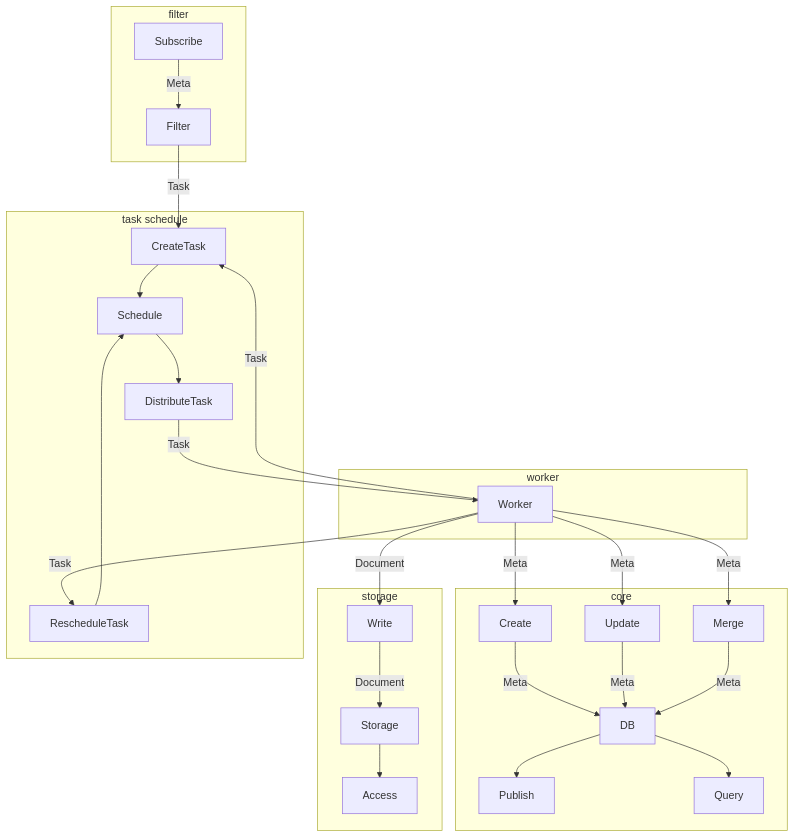
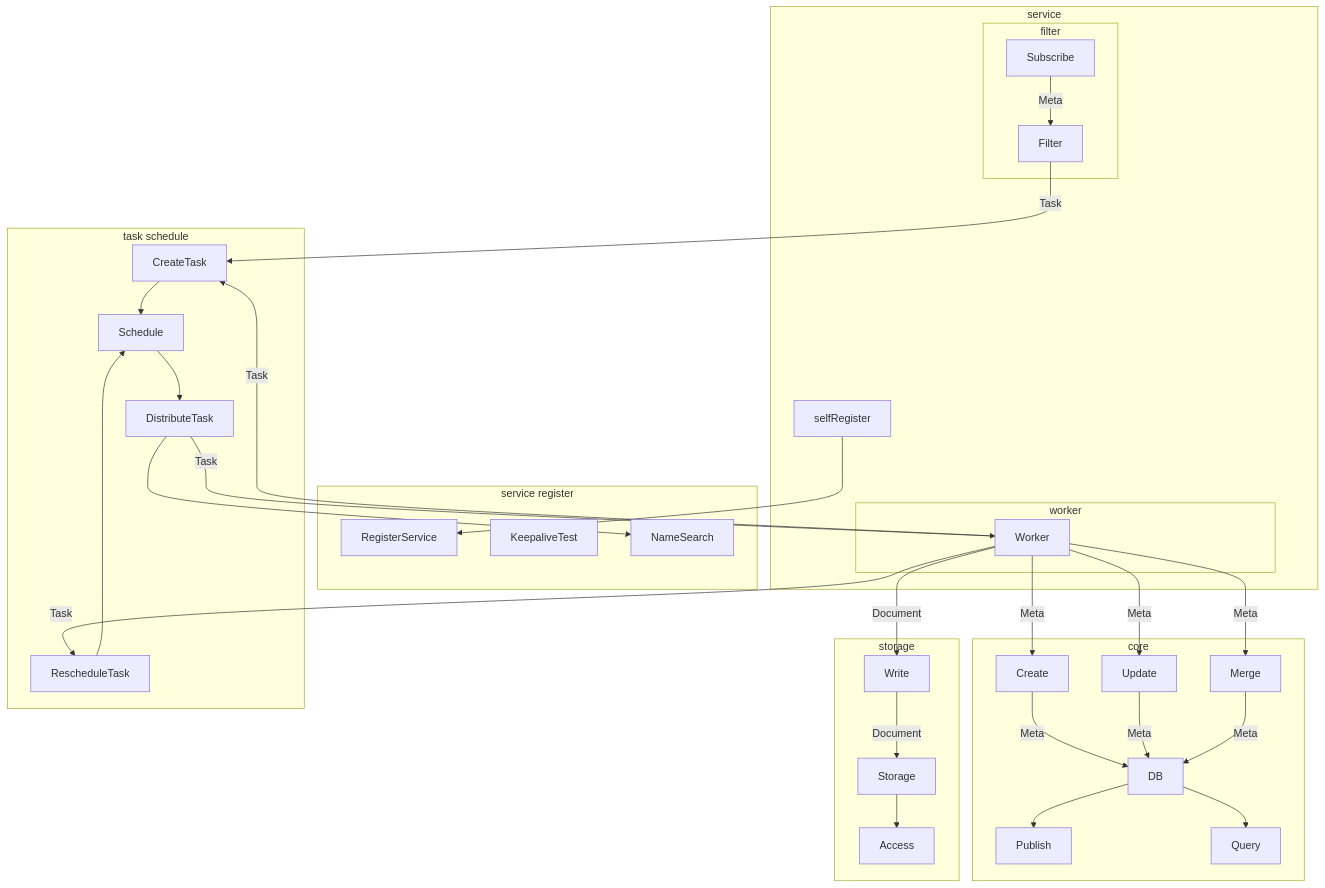
One commit to ncwhale/squirrel-core changed the diagram in docs/System Design.v2.md. Above: the diagram before and after it, drawn with Mermaid.

Commit message:
Add service in graph.

````diff
--- a/docs/System Design.v2.md
+++ b/docs/System Design.v2.md
@@ -5,29 +5,38 @@
 ```mermaid
 graph TD
   subgraph core
     Create--Meta-->DB-->Publish
     Update--Meta-->DB
     Merge--Meta-->DB 
     DB-->Query
   end
   subgraph storage
     Write--Document-->Storage
     Storage-->Access
   end
+  subgraph service register
+    RegisterService
+    KeepaliveTest
+    NameSearch
+  end
   subgraph task schedule
-    CreateTask-->Schedule-->DistributeTask
+    CreateTask-->Schedule-->DistributeTask-->NameSearch
     RescheduleTask-->Schedule
   end
-  subgraph filter
-    Subscribe--Meta-->Filter--Task-->CreateTask
+  subgraph service
+    selfRegister-->RegisterService
+    subgraph filter
+        Subscribe--Meta-->Filter--Task-->CreateTask
+    end
+    subgraph worker
+        DistributeTask--Task-->Worker
+        Worker--Meta-->Create
+        Worker--Meta-->Update
+        Worker--Meta-->Merge
+        Worker--Task-->CreateTask
+        Worker--Task-->RescheduleTask
+        Worker--Document-->Write
+    end
   end
-  subgraph worker
-    DistributeTask--Task-->Worker
-    Worker--Meta-->Create
-    Worker--Meta-->Update
-    Worker--Meta-->Merge
-    Worker--Task-->CreateTask
-    Worker--Task-->RescheduleTask
-    Worker--Document-->Write
-  end
+
 ```
````
